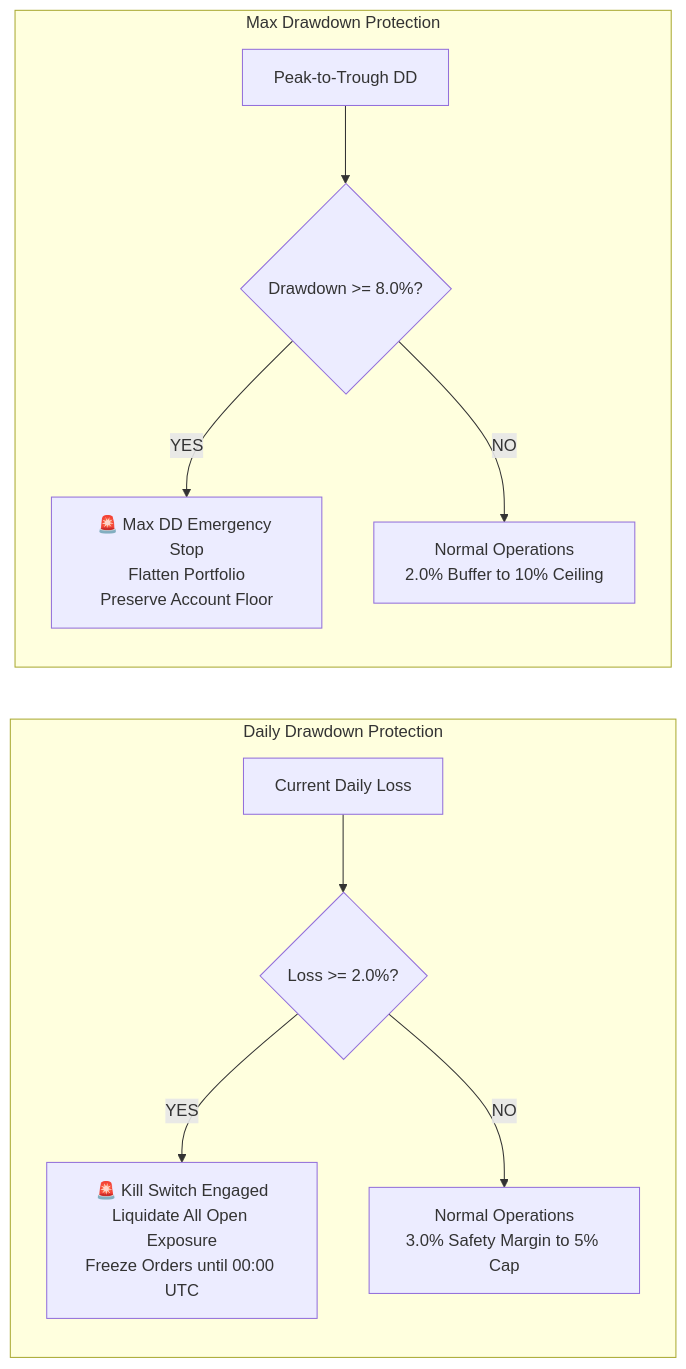
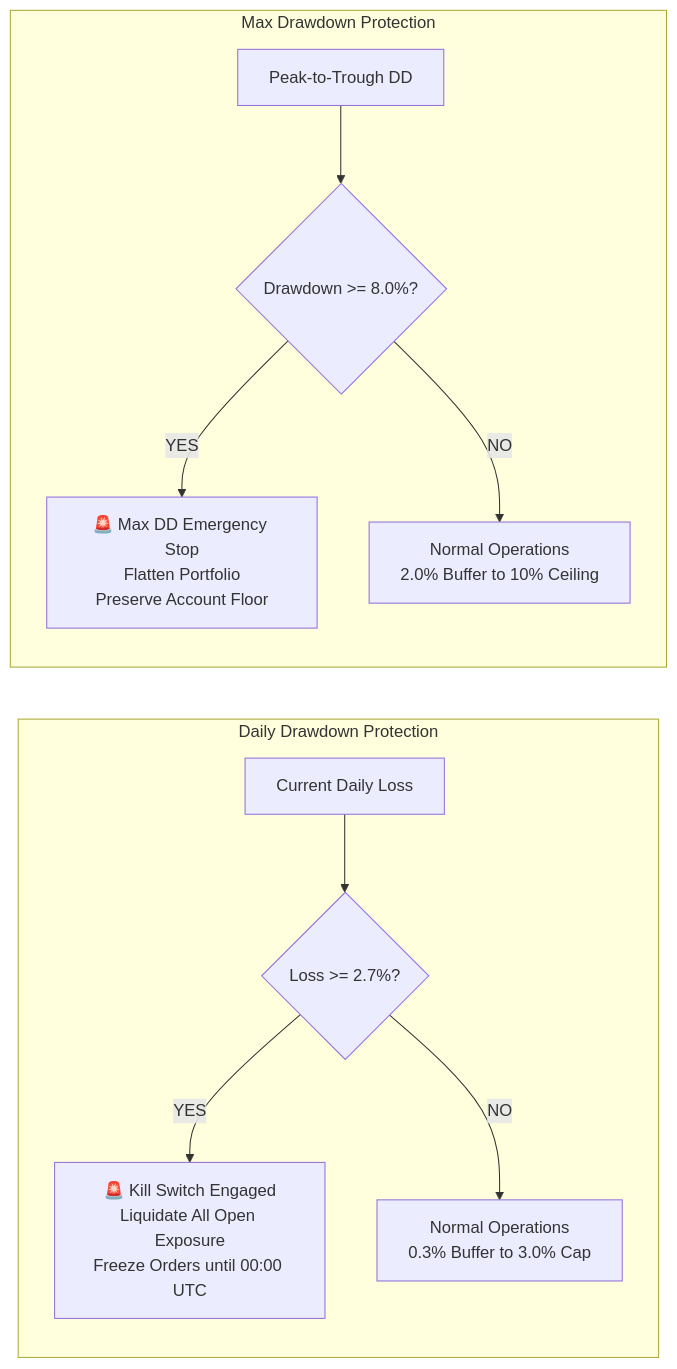
Before and after one commit to techsavvymohan/MatchingProp_algo_bot: the second of 2 diagrams in README.md, drawn with Mermaid. The commit also changed other lines of this file, not shown here.

````diff
--- a/README.md
+++ b/README.md
@@ -96,14 +169,14 @@
 ```mermaid
 graph LR
     subgraph DailyCap ["Daily Drawdown Protection"]
-        D1["Current Daily Loss"] --> D2{"Loss >= 2.0%?"}
+        D1["Current Daily Loss"] --> D2{"Loss >= 2.7%?"}
         D2 -->|YES| D3["🚨 Kill Switch Engaged<br>Liquidate All Open Exposure<br>Freeze Orders until 00:00 UTC"]
-        D2 -->|NO| D4["Normal Operations<br>3.0% Safety Margin to 5% Cap"]
+        D2 -->|NO| D4["Normal Operations<br>0.3% Buffer to 3.0% Cap"]
     end
 
     subgraph OverallCap ["Max Drawdown Protection"]
         M1["Peak-to-Trough DD"] --> M2{"Drawdown >= 8.0%?"}
         M2 -->|YES| M3["🚨 Max DD Emergency Stop<br>Flatten Portfolio<br>Preserve Account Floor"]
         M2 -->|NO| M4["Normal Operations<br>2.0% Buffer to 10% Ceiling"]
     end
 ```
````
